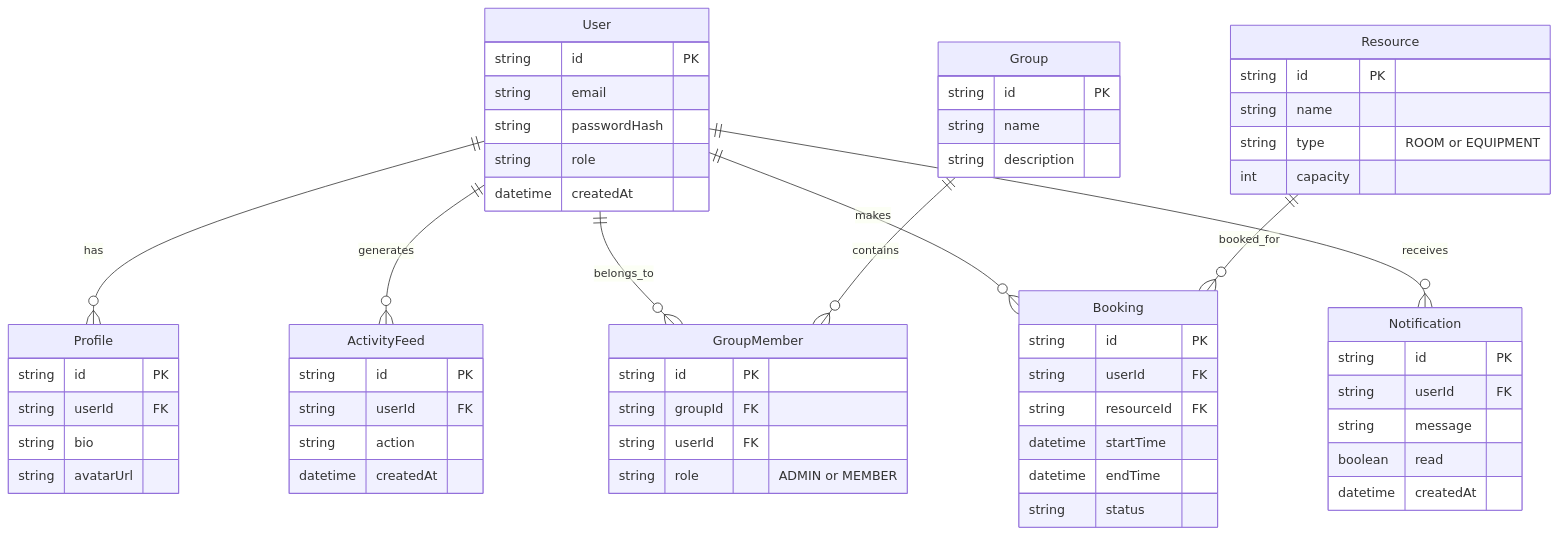
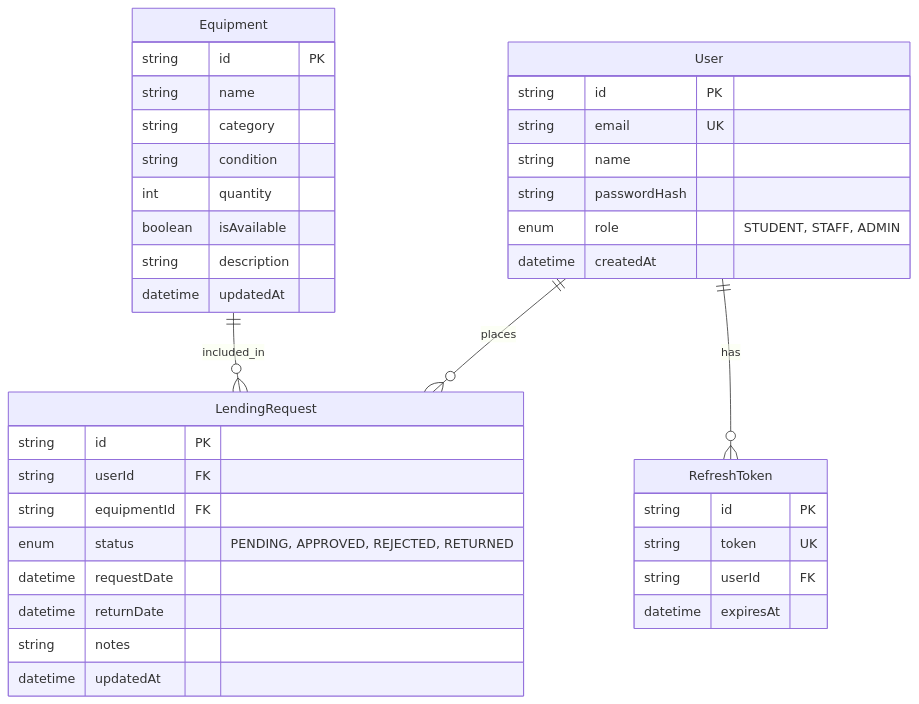
One commit to NamrataRaThor/M.Tech-Sem-2-FSAD-Assignment changed the diagram in docs/ER_DIAGRAMS.md. Above: the diagram before and after it, drawn with Mermaid. The commit also changed other lines of this file and 165 other files, not shown here.

````diff
--- a/docs/ER_DIAGRAMS.md
+++ b/docs/ER_DIAGRAMS.md
@@ -7,70 +7,44 @@
 ```mermaid
 erDiagram
-    User ||--o{ Profile : has
-    User ||--o{ ActivityFeed : generates
-    User ||--o{ GroupMember : belongs_to
-    User ||--o{ Booking : makes
-    User ||--o{ Notification : receives
-
-    Group ||--o{ GroupMember : contains
-    Resource ||--o{ Booking : booked_for
+    User ||--o{ LendingRequest : places
+    User ||--o{ RefreshToken : has
+    Equipment ||--o{ LendingRequest : included_in
 
     User {
         string id PK
-        string email
+        string email UK
+        string name
         string passwordHash
-        string role
+        enum role "STUDENT, STAFF, ADMIN"
         datetime createdAt
     }
 
-    Profile {
+    Equipment {
+        string id PK
+        string name
+        string category
+        string condition
+        int quantity
+        boolean isAvailable
+        string description
+        datetime updatedAt
+    }
+
+    LendingRequest {
         string id PK
         string userId FK
-        string bio
-        string avatarUrl
+        string equipmentId FK
+        enum status "PENDING, APPROVED, REJECTED, RETURNED"
+        datetime requestDate
+        datetime returnDate
+        string notes
+        datetime updatedAt
     }
 
-    ActivityFeed {
+    RefreshToken {
         string id PK
+        string token UK
         string userId FK
-        string action
-        datetime createdAt
-    }
-
-    Group {
-        string id PK
-        string name
-        string description
-    }
-
-    GroupMember {
-        string id PK
-        string groupId FK
-        string userId FK
-        string role "ADMIN or MEMBER"
-    }
-
-    Resource {
-        string id PK
-        string name
-        string type "ROOM or EQUIPMENT"
-        int capacity
-    }
-
-    Booking {
-        string id PK
-        string userId FK
-        string resourceId FK
-        datetime startTime
-        datetime endTime
-        string status
-    }
-
-    Notification {
-        string id PK
-        string userId FK
-        string message
-        boolean read
-        datetime createdAt
+        datetime expiresAt
     }
 ```
````
